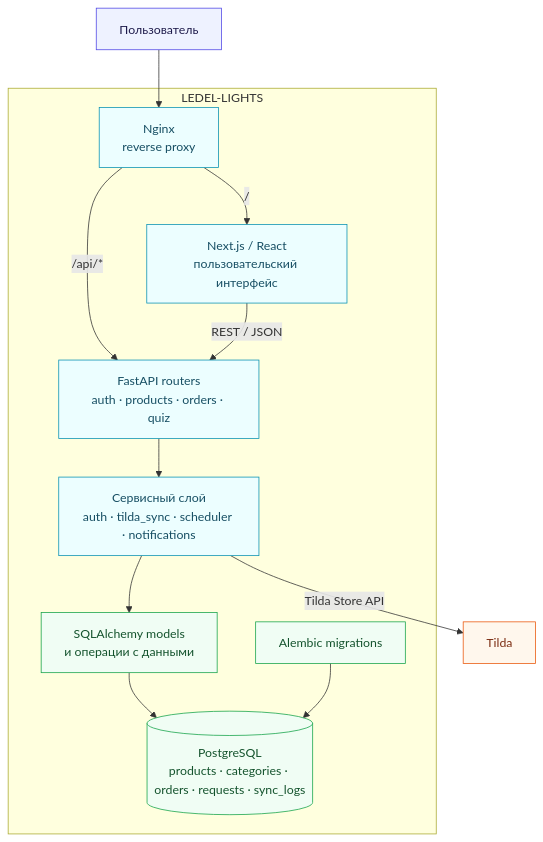
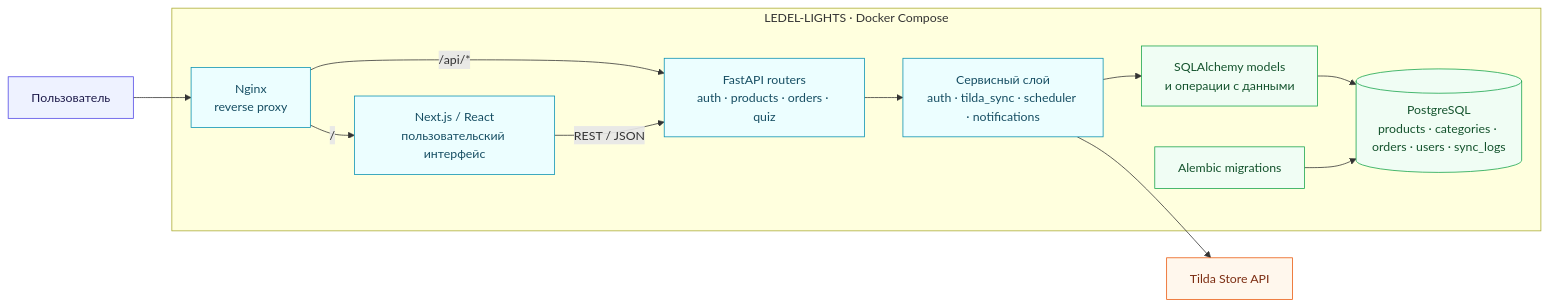
One commit to cislota/LEDEL-LIGHTS changed the first of 3 diagrams in README.md. Above: the diagram before and after it, drawn with Mermaid. The commit also changed other lines of this file, not shown here.

````diff
--- a/README.md
+++ b/README.md
@@ -21,29 +47,29 @@
 ```mermaid
-flowchart TB
+flowchart LR
     USER["Пользователь"]
 
-    subgraph APP["LEDEL-LIGHTS"]
+    subgraph APP["LEDEL-LIGHTS · Docker Compose"]
         NGINX["Nginx<br/>reverse proxy"]
         NGINX -->|"/"| FRONT["Next.js / React<br/>пользовательский интерфейс"]
         NGINX -->|"/api/*"| ROUTERS["FastAPI routers<br/>auth · products · orders · quiz"]
         FRONT -->|"REST / JSON"| ROUTERS
 
         ROUTERS --> SERVICES["Сервисный слой<br/>auth · tilda_sync · scheduler · notifications"]
         SERVICES --> MODELS["SQLAlchemy models<br/>и операции с данными"]
-        MODELS --> DB[("PostgreSQL<br/>products · categories · orders · requests · sync_logs")]
+        MODELS --> DB[("PostgreSQL<br/>products · categories · orders · users · sync_logs")]
         MIGRATIONS["Alembic migrations"] --> DB
     end
 
     USER --> NGINX
-    SERVICES -->|"Tilda Store API"| TILDA["Tilda"]
+    SERVICES --> TILDA["Tilda Store API"]
 
     classDef edge fill:#eef2ff,stroke:#4f46e5,color:#1e1b4b;
     classDef app fill:#ecfeff,stroke:#0891b2,color:#164e63;
     classDef data fill:#f0fdf4,stroke:#16a34a,color:#14532d;
     classDef external fill:#fff7ed,stroke:#ea580c,color:#7c2d12;
 
     class USER edge;
     class NGINX,FRONT,ROUTERS,SERVICES app;
     class MODELS,DB,MIGRATIONS data;
     class TILDA external;
 ```
````
